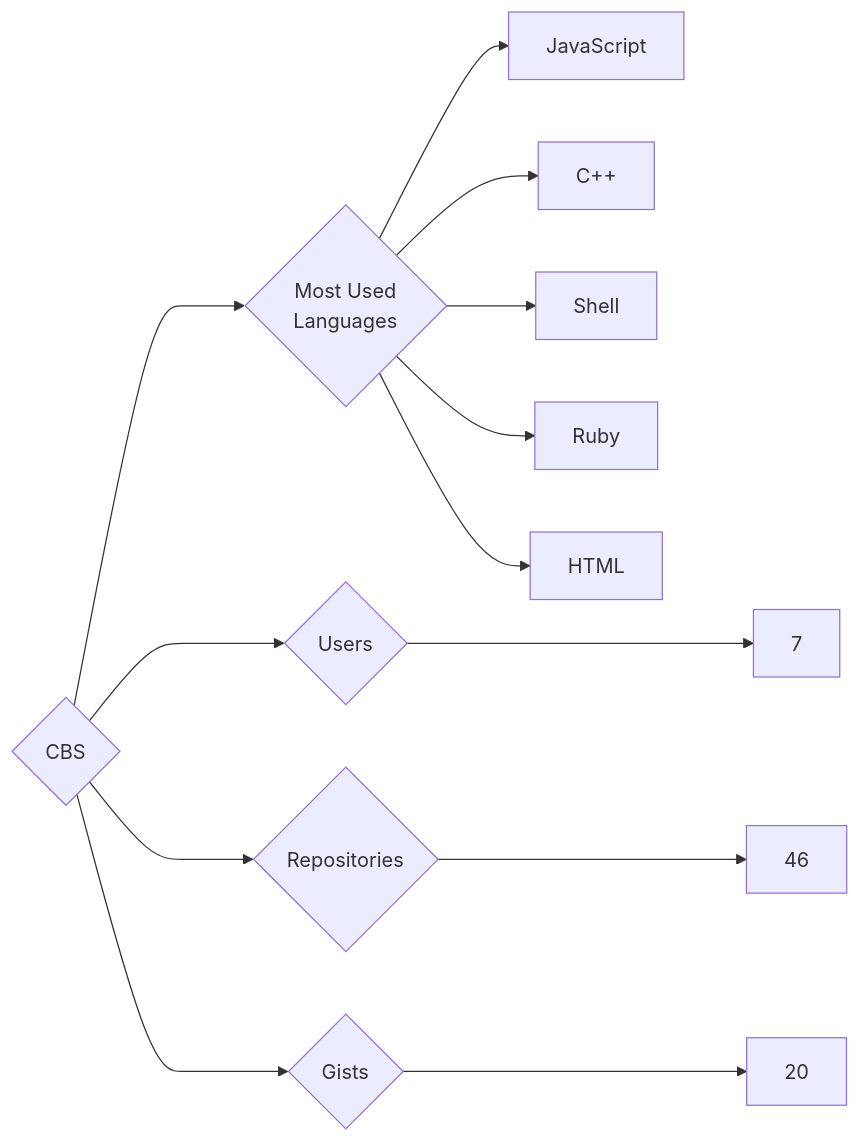
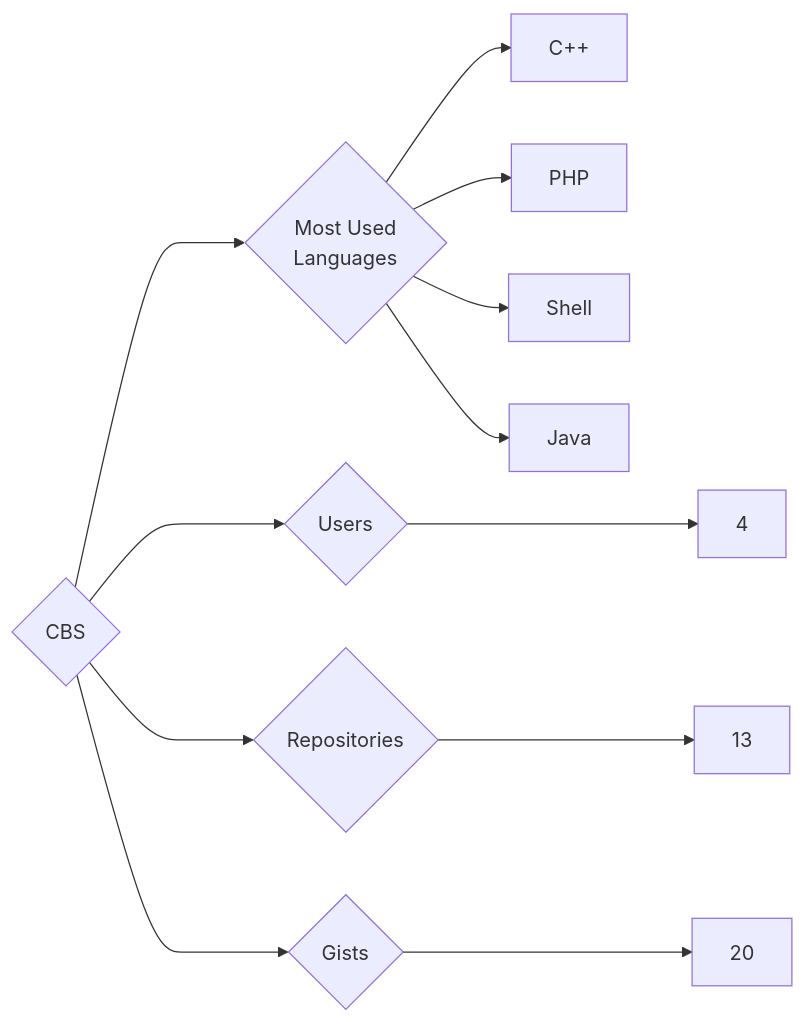
One commit to trickest/insiders changed the diagram in targets/CBS/README.md. Above: the diagram before and after it, drawn with Mermaid. The commit also changed 1123 other files, not shown here.

````diff
--- a/targets/CBS/README.md
+++ b/targets/CBS/README.md
@@ -3,13 +3,12 @@
 ```mermaid
 graph LR
 COMPANY_NAME{CBS}
-COMPANY_NAME ---> U{Users} ---> UN[7]
-COMPANY_NAME ---> R{Repositories} ---> RN[46]
+COMPANY_NAME ---> U{Users} ---> UN[4]
+COMPANY_NAME ---> R{Repositories} ---> RN[13]
 COMPANY_NAME ---> G{Gists} ---> GN[20]
 COMPANY_NAME ---> ML{Most Used<br>Languages}
-ML --> JavaScript[JavaScript]
 ML --> C++[C++]
+ML --> PHP[PHP]
 ML --> Shell[Shell]
-ML --> Ruby[Ruby]
-ML --> HTML[HTML]
+ML --> Java[Java]
 ```
````
